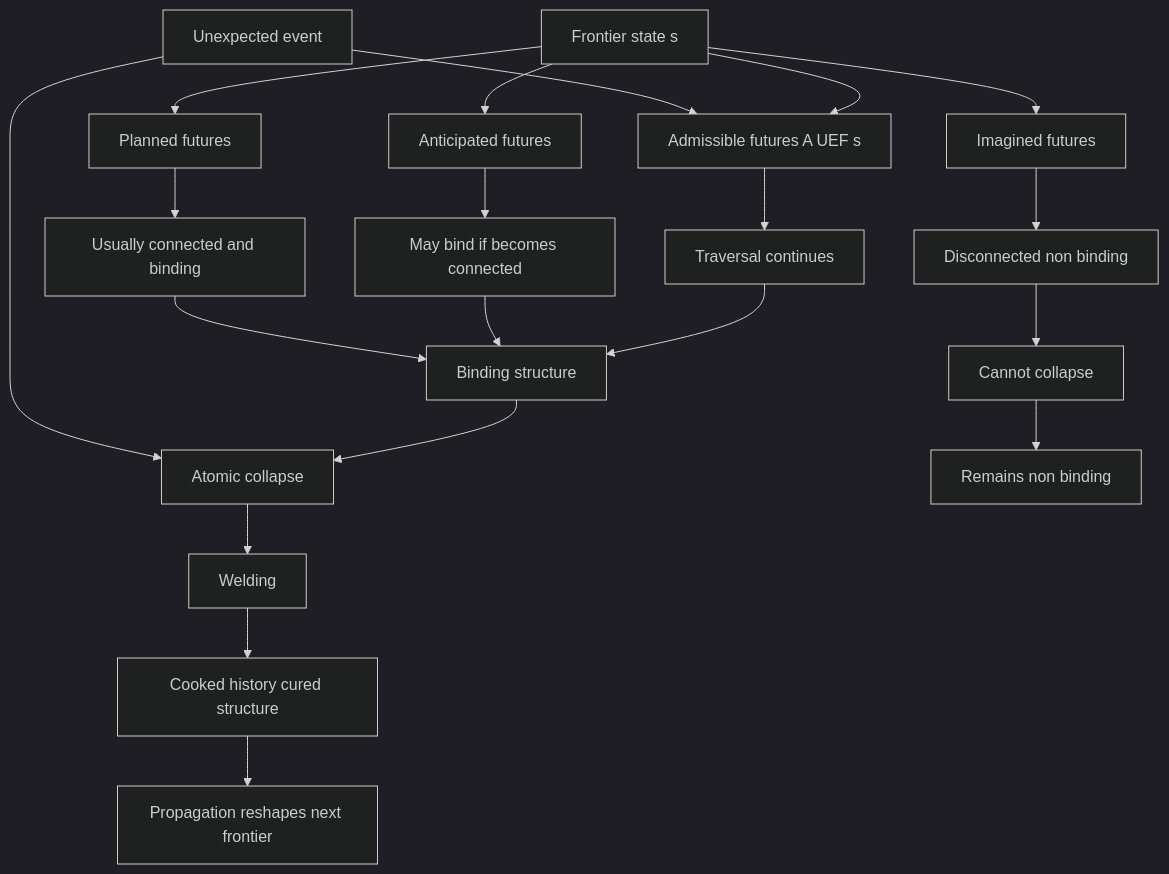
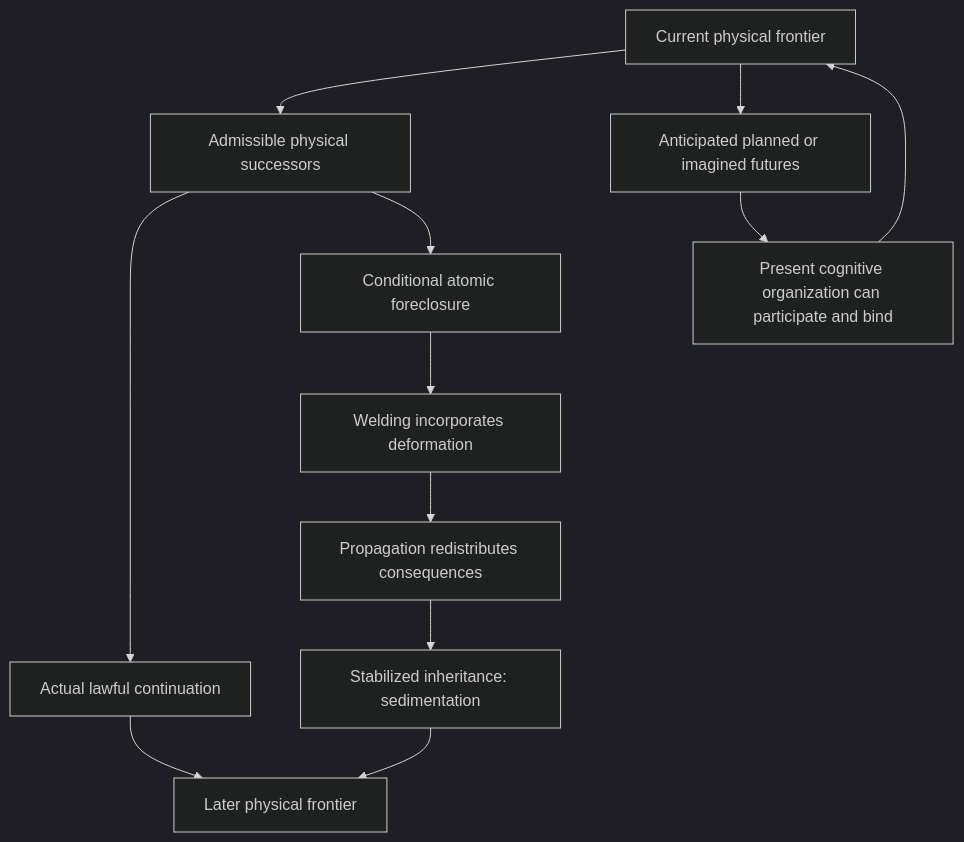
The diagram in IER/IER-futures.md (mlehotay/ier), drawn with Mermaid (dark theme) before and after one commit. The commit also changed other lines of this file and 30 other files, not shown here.

````diff
--- a/IER/IER-futures.md
+++ b/IER/IER-futures.md
@@ -402,28 +407,14 @@
 ```mermaid
 flowchart TD
-
-A[Frontier state s] --> B[Admissible futures A UEF s]
-A --> C[Anticipated futures]
-A --> D[Planned futures]
-A --> E[Imagined futures]
-
-B --> F[Traversal continues]
-F --> G[Binding structure]
-G --> H[Atomic collapse]
-H --> I[Welding]
-I --> J[Cooked history cured structure]
-J --> K[Propagation reshapes next frontier]
-
-C --> L[May bind if becomes connected]
-L --> G
-
-D --> M[Usually connected and binding]
-M --> G
-
-E --> N[Disconnected non binding]
-N --> O[Cannot collapse]
-O --> P[Remains non binding]
-
-Q[Unexpected event] --> B
-Q --> H
+A[Current physical frontier] --> B[Admissible physical successors]
+A --> C[Anticipated planned or imagined futures]
+B --> D[Actual lawful continuation]
+D --> E[Later physical frontier]
+B --> F[Conditional atomic foreclosure]
+F --> G[Welding incorporates deformation]
+G --> H[Propagation redistributes consequences]
+H --> I[Stabilized inheritance: sedimentation]
+I --> E
+C --> J[Present cognitive organization can participate and bind]
+J --> A
 ```
````
